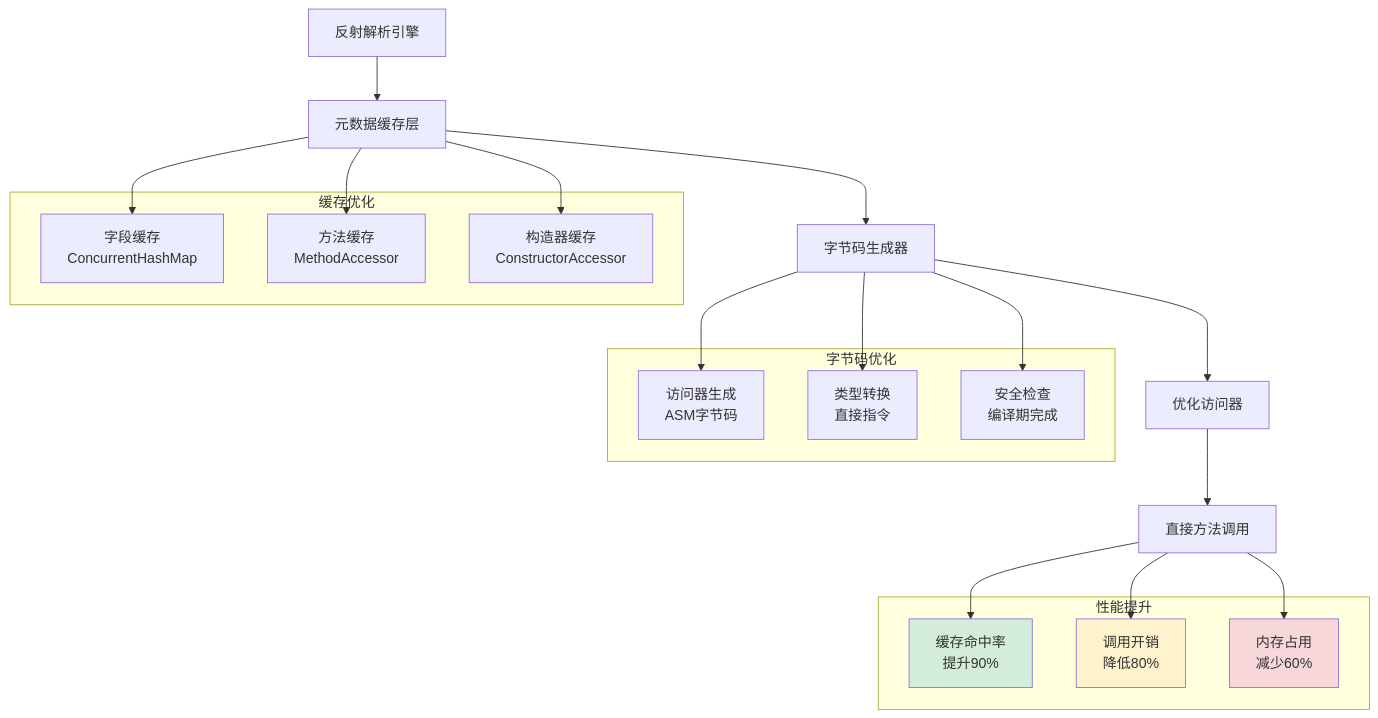
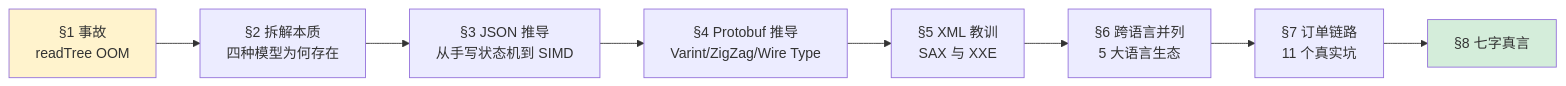
Before and after one commit to chongyang211/YCBookBlog: the second of 6 diagrams in docs/10.专栏/02.程序编程原理/02.数据的本质/09.数据解析设计思想.md, drawn with Mermaid. The commit also changed other lines of this file and 9 other files, not shown here.

````diff
--- a/docs/10.专栏/02.程序编程原理/02.数据的本质/09.数据解析设计思想.md
+++ b/docs/10.专栏/02.程序编程原理/02.数据的本质/09.数据解析设计思想.md
@@ -2315,41 +135,12 @@
 ```mermaid
-graph TB
-    A[反射解析引擎] --> B[元数据缓存层]
-    B --> C[字节码生成器]
-    C --> D[优化访问器]
-    D --> E[直接方法调用]
-    
-    subgraph 缓存优化
-        F[字段缓存<br/>ConcurrentHashMap]
-        G[方法缓存<br/>MethodAccessor]
-        H[构造器缓存<br/>ConstructorAccessor]
-    end
-    
-    B --> F
-    B --> G
-    B --> H
-    
-    subgraph 字节码优化
-        I[访问器生成<br/>ASM字节码]
-        J[类型转换<br/>直接指令]
-        K[安全检查<br/>编译期完成]
-    end
-    
-    C --> I
-    C --> J
-    C --> K
-    
-    subgraph 性能提升
-        L[缓存命中率<br/>提升90%]
-        M[调用开销<br/>降低80%]
-        N[内存占用<br/>减少60%]
-    end
-    
-    E --> L
-    E --> M
-    E --> N
-    
-    style L fill:#d4edda
-    style M fill:#fff3cd
-    style N fill:#f8d7da
+flowchart LR
+    A[§1 事故<br/>readTree OOM] --> B[§2 拆解本质<br/>四种模型为何存在]
+    B --> C[§3 JSON 推导<br/>从手写状态机到 SIMD]
+    C --> D[§4 Protobuf 推导<br/>Varint/ZigZag/Wire Type]
+    D --> E[§5 XML 教训<br/>SAX 与 XXE]
+    E --> F[§6 跨语言并列<br/>5 大语言生态]
+    F --> G[§7 订单链路<br/>11 个真实坑]
+    G --> H[§8 七字真言]
+    style A fill:#fff3cd
+    style H fill:#d4edda
 ```
````
